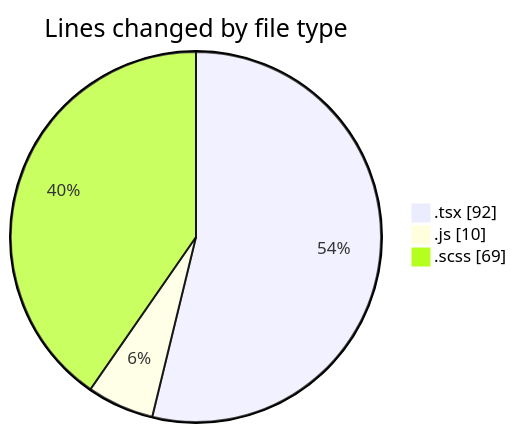
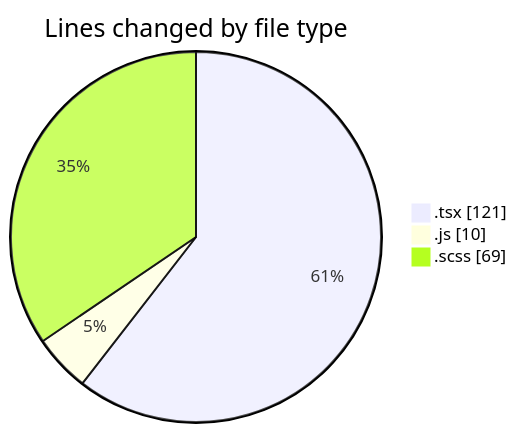
Before and after one commit to momahboobian/code-tracking: the first of 2 diagrams in 2026-08-25/cda/README.md, drawn with Mermaid. The commit also changed other lines of this file and 1 other file, not shown here.

````diff
--- a/2026-08-25/cda/README.md
+++ b/2026-08-25/cda/README.md
@@ -25,7 +25,7 @@
 ```mermaid
 pie showData
 title Lines changed by file type
-".tsx" : 92
+".tsx" : 121
 ".js" : 10
 ".scss" : 69
 ```
````
